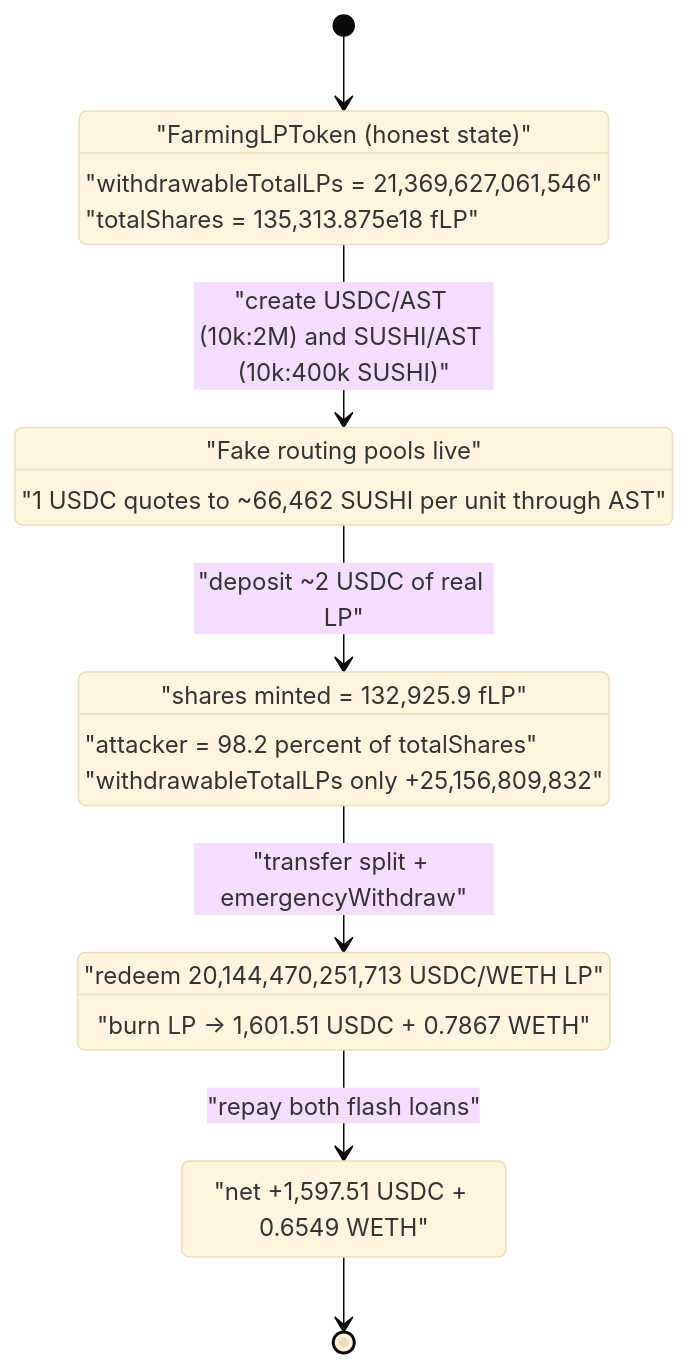
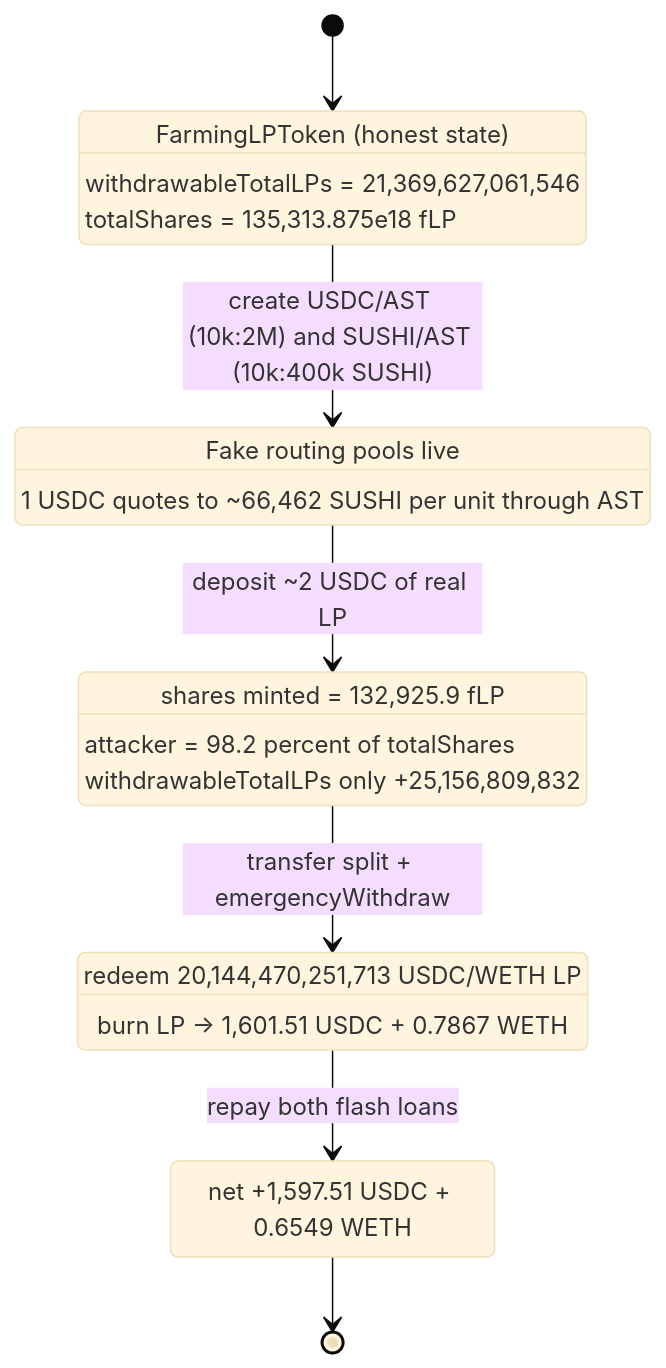
One commit to sanbir/evm-hack-registry changed the third of 3 diagrams in 2023-11-Burntbubba_exp/Burntbubba_exp.md. Above: the diagram before and after it, drawn with Mermaid (base theme). The commit also changed 280 other files, not shown here.

Commit message:
mermaid fixes

````diff
--- a/2023-11-Burntbubba_exp/Burntbubba_exp.md
+++ b/2023-11-Burntbubba_exp/Burntbubba_exp.md
@@ -315,24 +315,24 @@
 ```mermaid
 stateDiagram-v2
     [*] --> Honest
-    Honest: "FarmingLPToken (honest state)"
-    Honest: "withdrawableTotalLPs = 21,369,627,061,546"
-    Honest: "totalShares = 135,313.875e18 fLP"
+    Honest: FarmingLPToken (honest state)
+    Honest: withdrawableTotalLPs = 21,369,627,061,546
+    Honest: totalShares = 135,313.875e18 fLP
 
-    Honest --> Rigged: "create USDC/AST (10k:2M) and SUSHI/AST (10k:400k SUSHI)"
-    Rigged: "Fake routing pools live"
-    Rigged: "1 USDC quotes to ~66,462 SUSHI per unit through AST"
+    Honest --> Rigged: create USDC/AST (10k#58;2M) and SUSHI/AST (10k#58;400k SUSHI)
+    Rigged: Fake routing pools live
+    Rigged: 1 USDC quotes to ~66,462 SUSHI per unit through AST
 
-    Rigged --> Inflated: "deposit ~2 USDC of real LP"
-    Inflated: "shares minted = 132,925.9 fLP"
-    Inflated: "attacker = 98.2 percent of totalShares"
-    Inflated: "withdrawableTotalLPs only +25,156,809,832"
+    Rigged --> Inflated: deposit ~2 USDC of real LP
+    Inflated: shares minted = 132,925.9 fLP
+    Inflated: attacker = 98.2 percent of totalShares
+    Inflated: withdrawableTotalLPs only +25,156,809,832
 
-    Inflated --> Drained: "transfer split + emergencyWithdraw"
-    Drained: "redeem 20,144,470,251,713 USDC/WETH LP"
-    Drained: "burn LP -> 1,601.51 USDC + 0.7867 WETH"
+    Inflated --> Drained: transfer split + emergencyWithdraw
+    Drained: redeem 20,144,470,251,713 USDC/WETH LP
+    Drained: burn LP -> 1,601.51 USDC + 0.7867 WETH
 
-    Drained --> Repaid: "repay both flash loans"
-    Repaid: "net +1,597.51 USDC + 0.6549 WETH"
+    Drained --> Repaid: repay both flash loans
+    Repaid: net +1,597.51 USDC + 0.6549 WETH
     Repaid --> [*]
 ```
````
